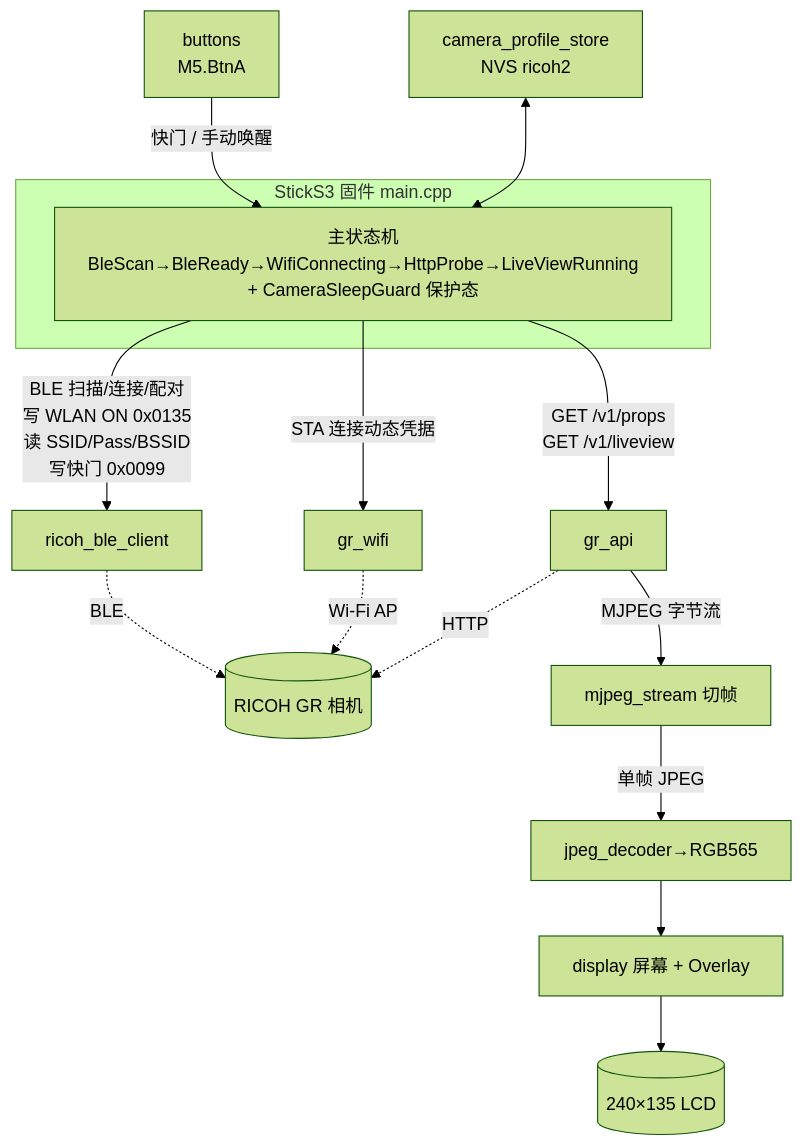
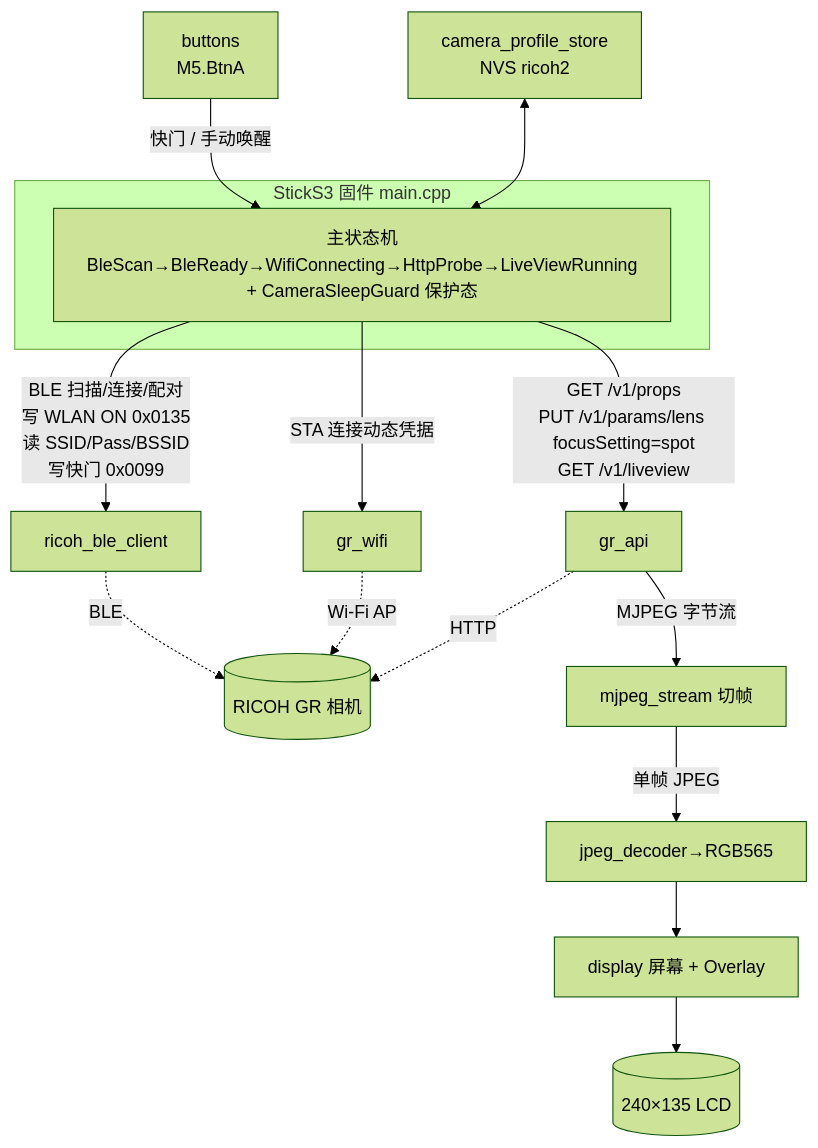
The diagram in CLAUDE.md (sky18Dragon/RICOH-GR-Live-View-Shooting), drawn with Mermaid (forest theme) before and after one commit. The commit also changed other lines of this file and 30 other files, not shown here.

````diff
--- a/CLAUDE.md
+++ b/CLAUDE.md
@@ -53,25 +53,25 @@
 ```mermaid
 flowchart TD
   subgraph StickS3[StickS3 固件 main.cpp]
     FSM[主状态机<br/>BleScan→BleReady→WifiConnecting→HttpProbe→LiveViewRunning<br/>+ CameraSleepGuard 保护态]
   end
 
   CAM[(RICOH GR 相机)]
 
   FSM -->|BLE 扫描/连接/配对<br/>写 WLAN ON 0x0135<br/>读 SSID/Pass/BSSID<br/>写快门 0x0099| BLE[ricoh_ble_client]
   BLE -.BLE.-> CAM
 
   FSM -->|STA 连接动态凭据| WIFI[gr_wifi]
   WIFI -.Wi-Fi AP.-> CAM
 
-  FSM -->|GET /v1/props<br/>GET /v1/liveview| API[gr_api]
+  FSM -->|GET /v1/props<br/>PUT /v1/params/lens focusSetting=spot<br/>GET /v1/liveview| API[gr_api]
   API -.HTTP.-> CAM
 
   API -->|MJPEG 字节流| MJPEG[mjpeg_stream 切帧]
   MJPEG -->|单帧 JPEG| JPEG[jpeg_decoder→RGB565]
   JPEG --> DISP[display 屏幕 + Overlay]
   DISP --> SCREEN[(240×135 LCD)]
 
   BTN[buttons<br/>M5.BtnA] -->|快门 / 手动唤醒| FSM
   NVS[camera_profile_store<br/>NVS ricoh2] <--> FSM
 ```
````
